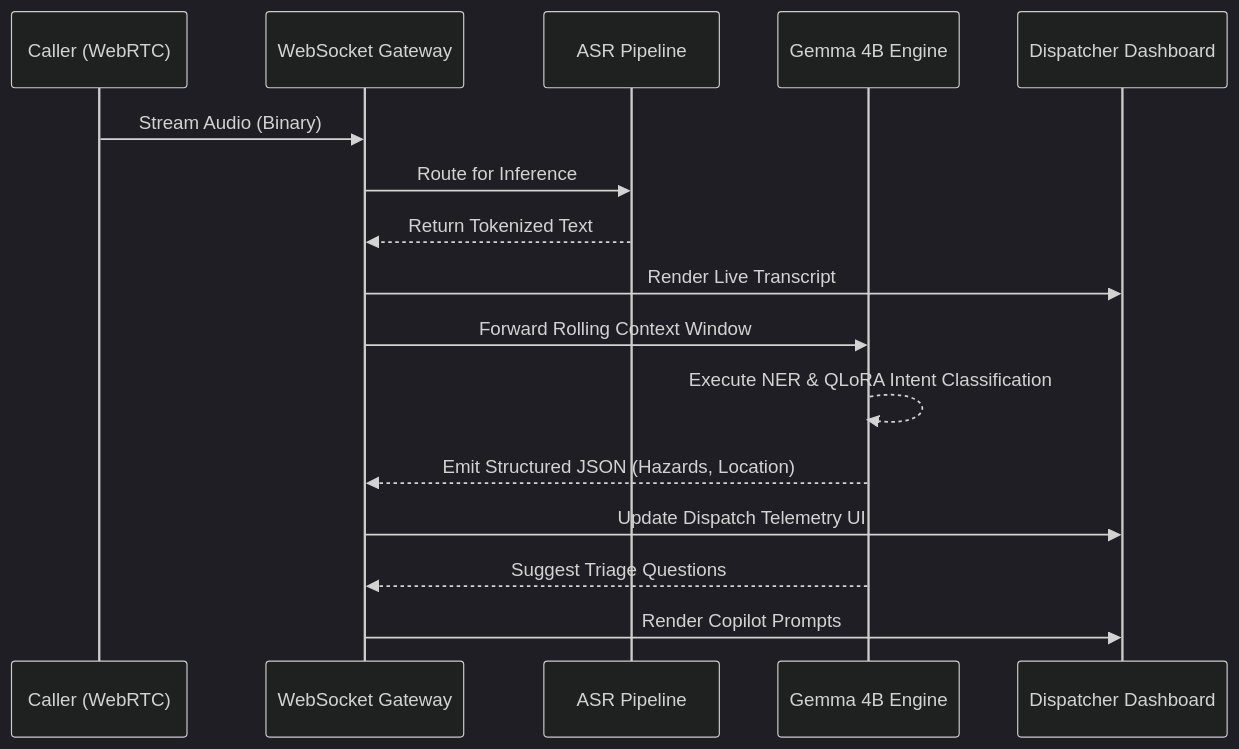
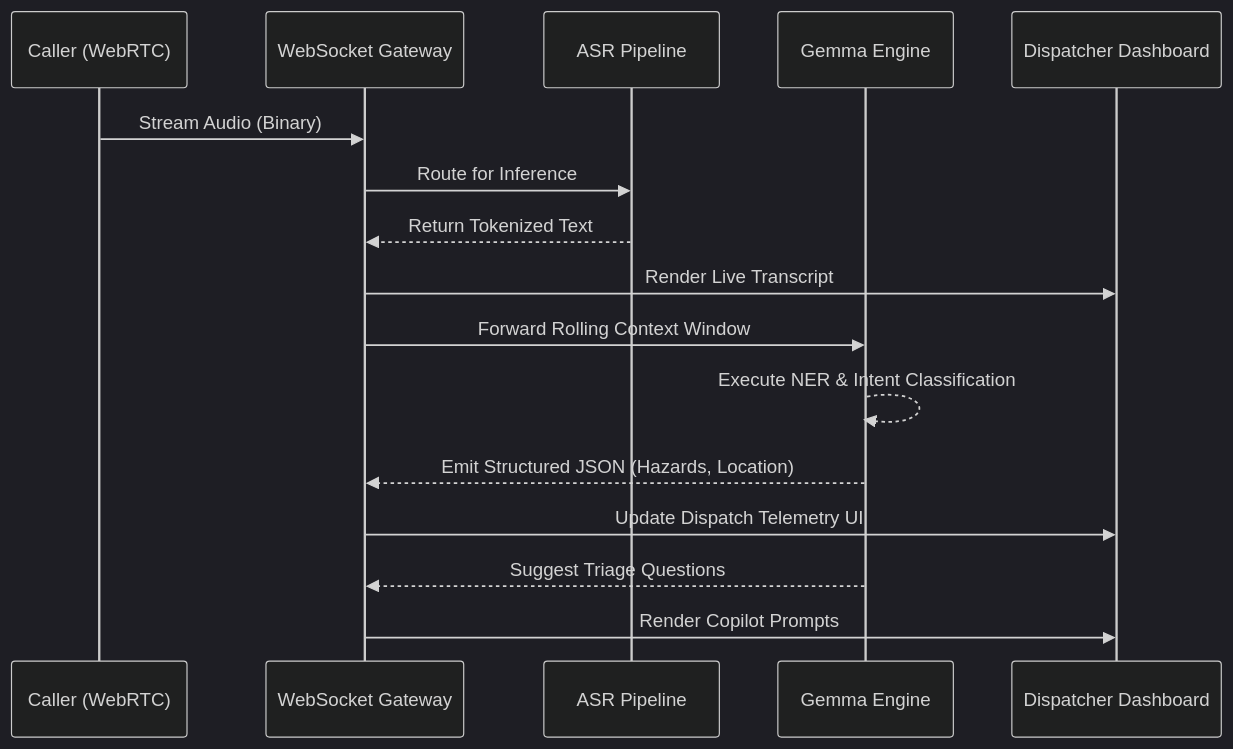
Before and after one commit to Rakshi2609/E-mrg: the second of 3 diagrams in KAGGLE_WRITEUP.md, drawn with Mermaid (dark theme). The commit also changed other lines of this file and 44 other files, not shown here.

Commit message:
docs: strictly enforce guidelines across writeup and readme (unified architecture, softened claims, verified Gemma 2 2B, unified repo URLs)

````diff
--- a/KAGGLE_WRITEUP.md
+++ b/KAGGLE_WRITEUP.md
@@ -73,21 +73,21 @@
 ```mermaid
 sequenceDiagram
     participant C as Caller (WebRTC)
     participant WS as WebSocket Gateway
     participant STT as ASR Pipeline
-    participant LLM as Gemma 4B Engine
+    participant LLM as Gemma Engine
     participant UI as Dispatcher Dashboard
 
     C->>WS: Stream Audio (Binary)
     WS->>STT: Route for Inference
     STT-->>WS: Return Tokenized Text
     WS->>UI: Render Live Transcript
-    
+  
     WS->>LLM: Forward Rolling Context Window
-    LLM-->>LLM: Execute NER & QLoRA Intent Classification
+    LLM-->>LLM: Execute NER & Intent Classification
     LLM-->>WS: Emit Structured JSON (Hazards, Location)
     WS->>UI: Update Dispatch Telemetry UI
-    
+  
     LLM-->>WS: Suggest Triage Questions
     WS->>UI: Render Copilot Prompts
 ```
````
